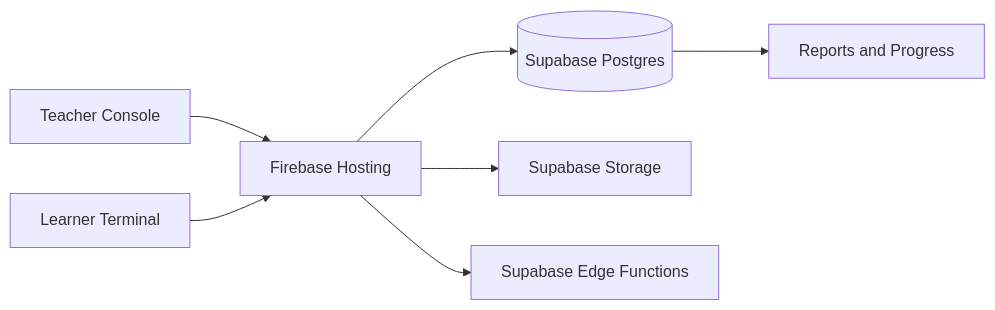
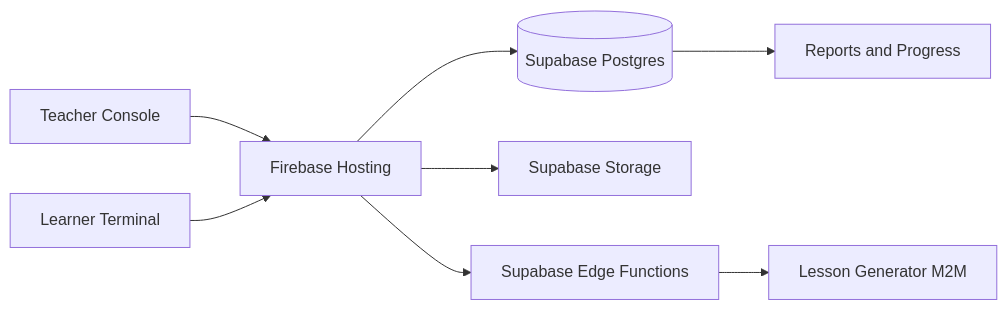
Before and after one commit to genshai-11/chunks-offline-v1: the first of 2 diagrams in docs/wiki-skeleton/Architecture.md, drawn with Mermaid. The commit also changed other lines of this file and 23 other files, not shown here.

````diff
--- a/docs/wiki-skeleton/Architecture.md
+++ b/docs/wiki-skeleton/Architecture.md
@@ -15,9 +15,10 @@
 ```mermaid
 flowchart LR
     Teacher[Teacher Console] --> Firebase[Firebase Hosting]
     Learner[Learner Terminal] --> Firebase
     Firebase --> Supabase[(Supabase Postgres)]
     Firebase --> Storage[Supabase Storage]
     Firebase --> Edge[Supabase Edge Functions]
+    Edge --> M2M[Lesson Generator M2M]
     Supabase --> Reports[Reports and Progress]
 ```
````
